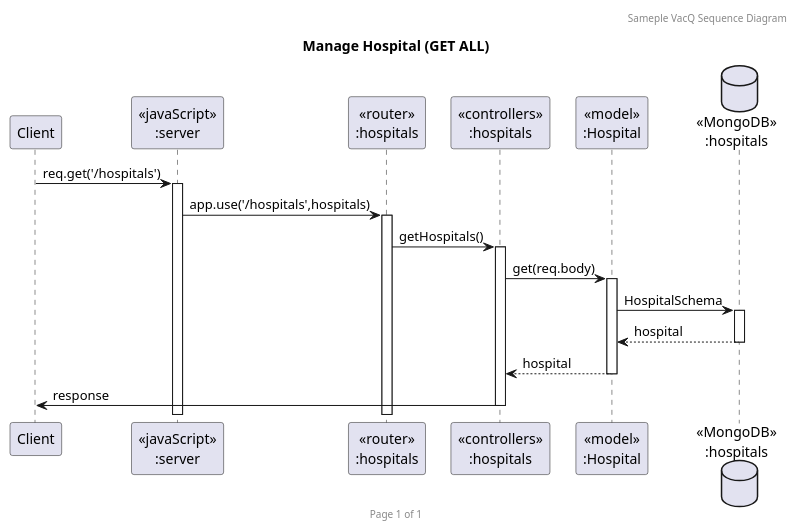
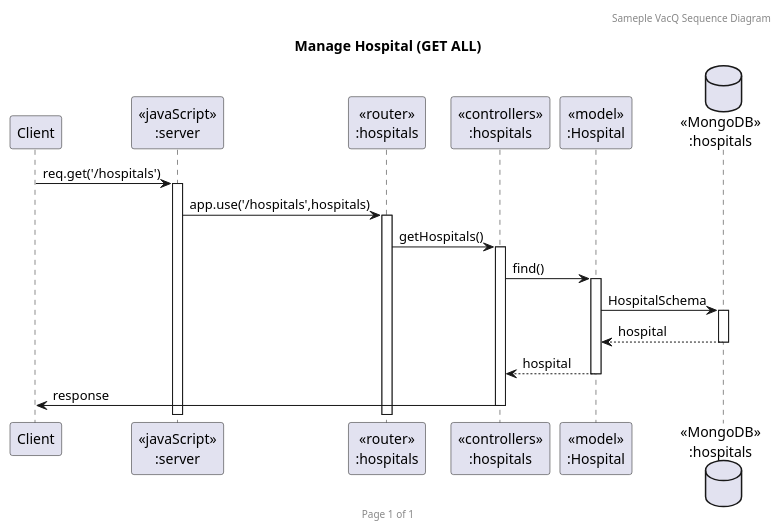
Before and after one commit to 2110503TACEDT66/presentation-day-1-samsaomidnight: the diagram in PlantUml/getall.puml, drawn with PlantUML. The commit also changed 3 other files, not shown here.

Commit message:
plantuml change controller

```diff
--- a/PlantUml/getall.puml
+++ b/PlantUml/getall.puml
@@ -1,23 +1,23 @@
 @startuml Manage Hospital (GET ALL)
 
 header Sameple VacQ Sequence Diagram
 footer Page %page% of %lastpage%
 title "Manage Hospital (GET ALL)"
 
 participant "Client" as client
 participant "<<javaScript>>\n:server" as server
 participant "<<router>>\n:hospitals" as routerHospitals
 participant "<<controllers>>\n:hospitals" as controllersHospitals
 participant "<<model>>\n:Hospital" as modelHospital
 database "<<MongoDB>>\n:hospitals" as HospitalsDatabase
 
 client->server ++:req.get('/hospitals')
 server->routerHospitals ++:app.use('/hospitals',hospitals)
 routerHospitals -> controllersHospitals ++:getHospitals()
-controllersHospitals->modelHospital ++:get(req.body)
+controllersHospitals->modelHospital ++:find()
 modelHospital ->HospitalsDatabase ++: HospitalSchema
 HospitalsDatabase --> modelHospital --: hospital
 controllersHospitals <-- modelHospital --:hospital
 controllersHospitals->client --:response
 
 @enduml
```
